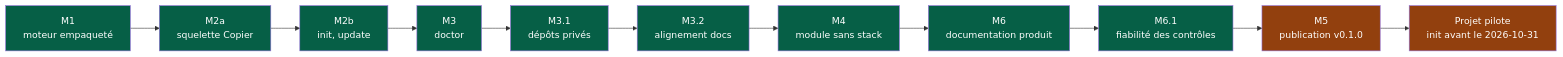
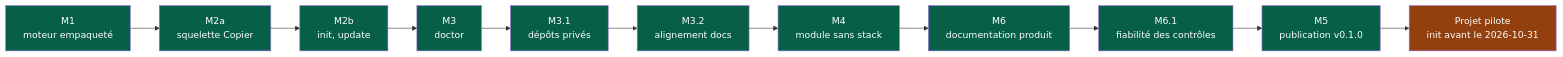
Before and after one commit to NapkinStack/engineering-os: the diagram in docs/governance/plans/2026-09-15-moteur-v0.1.0.md, drawn with Mermaid. The commit also changed other lines of this file and 6 other files, not shown here.

````diff
--- a/docs/governance/plans/2026-09-15-moteur-v0.1.0.md
+++ b/docs/governance/plans/2026-09-15-moteur-v0.1.0.md
@@ -48,18 +48,18 @@
 ```mermaid
 flowchart LR
     M1["M1<br/>moteur empaqueté"]:::fait --> M2a["M2a<br/>squelette Copier"]:::fait
     M2a --> M2b["M2b<br/>init, update"]:::fait
     M2b --> M3["M3<br/>doctor"]:::fait
     M3 --> M31["M3.1<br/>dépôts privés"]:::fait
     M31 --> M32["M3.2<br/>alignement docs"]:::fait
     M32 --> M4["M4<br/>module sans stack"]:::fait
     M4 --> M6["M6<br/>documentation produit"]:::fait
     M6 --> M61["M6.1<br/>fiabilité des contrôles"]:::fait
-    M61 --> M5["M5<br/>publication v0.1.0"]:::humain
+    M61 --> M5["M5<br/>publication v0.1.0"]:::fait
     M5 --> PP["Projet pilote<br/>init avant le 2026-10-31"]:::humain
 
     classDef fait fill:#065f46,color:#fff
     classDef encours fill:#1e3a8a,color:#fff
     classDef afaire fill:#374151,color:#fff
     classDef humain fill:#92400e,color:#fff
 ```
````
